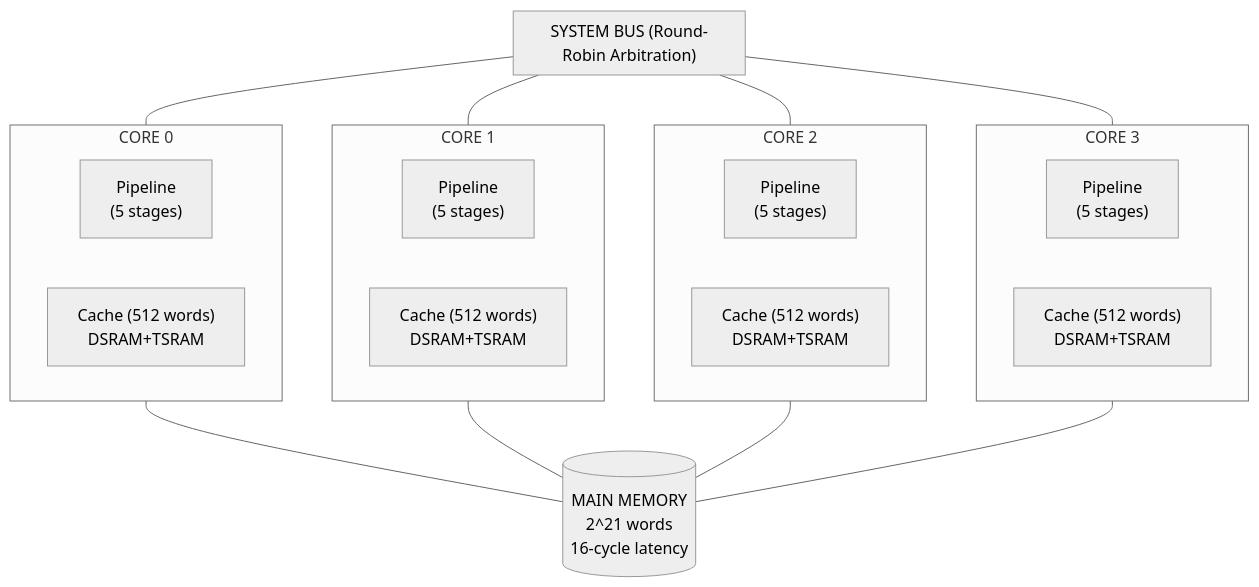
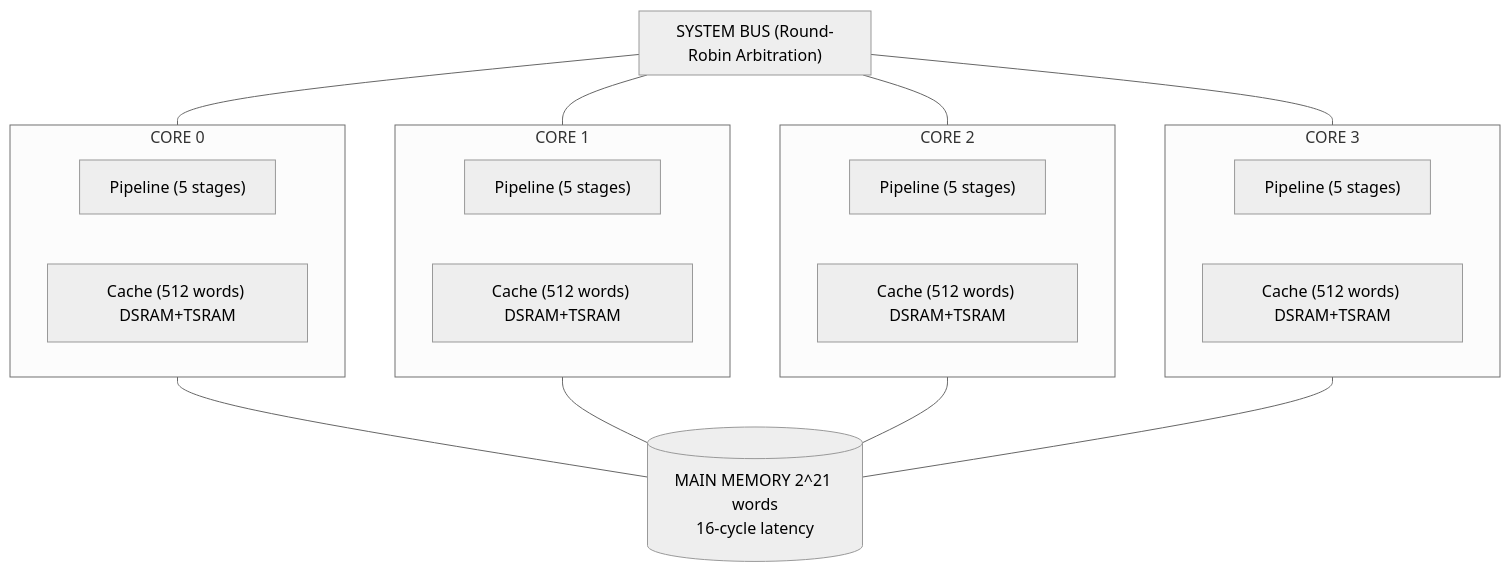
The first of 13 diagrams in docs/Project_Documentation.md (dorlib/multicore-proccessor), drawn with Mermaid (neutral theme) before and after one commit. The commit also changed other lines of this file, not shown here.

````diff
--- a/docs/Project_Documentation.md
+++ b/docs/Project_Documentation.md
@@ -55,36 +54,36 @@
 ```mermaid
 flowchart TB
     subgraph BUS["SYSTEM BUS (Round-Robin Arbitration)"]
     end
 
     subgraph CORE0["CORE 0"]
-        P0["Pipeline\n(5 stages)"]
-        C0["Cache (512 words)\nDSRAM+TSRAM"]
+        P0["Pipeline (5 stages)"]
+        C0["Cache (512 words) DSRAM+TSRAM"]
     end
 
     subgraph CORE1["CORE 1"]
-        P1["Pipeline\n(5 stages)"]
-        C1["Cache (512 words)\nDSRAM+TSRAM"]
+        P1["Pipeline (5 stages)"]
+        C1["Cache (512 words) DSRAM+TSRAM"]
     end
 
     subgraph CORE2["CORE 2"]
-        P2["Pipeline\n(5 stages)"]
-        C2["Cache (512 words)\nDSRAM+TSRAM"]
+        P2["Pipeline (5 stages)"]
+        C2["Cache (512 words) DSRAM+TSRAM"]
     end
 
     subgraph CORE3["CORE 3"]
-        P3["Pipeline\n(5 stages)"]
-        C3["Cache (512 words)\nDSRAM+TSRAM"]
+        P3["Pipeline (5 stages)"]
+        C3["Cache (512 words) DSRAM+TSRAM"]
     end
 
-    MEM[("MAIN MEMORY\n2^21 words\n16-cycle latency")]
+    MEM[("MAIN MEMORY 2^21 words\n16-cycle latency")]
 
     BUS --- CORE0
     BUS --- CORE1
     BUS --- CORE2
     BUS --- CORE3
     CORE0 --- MEM
     CORE1 --- MEM
     CORE2 --- MEM
     CORE3 --- MEM
 ```
````
